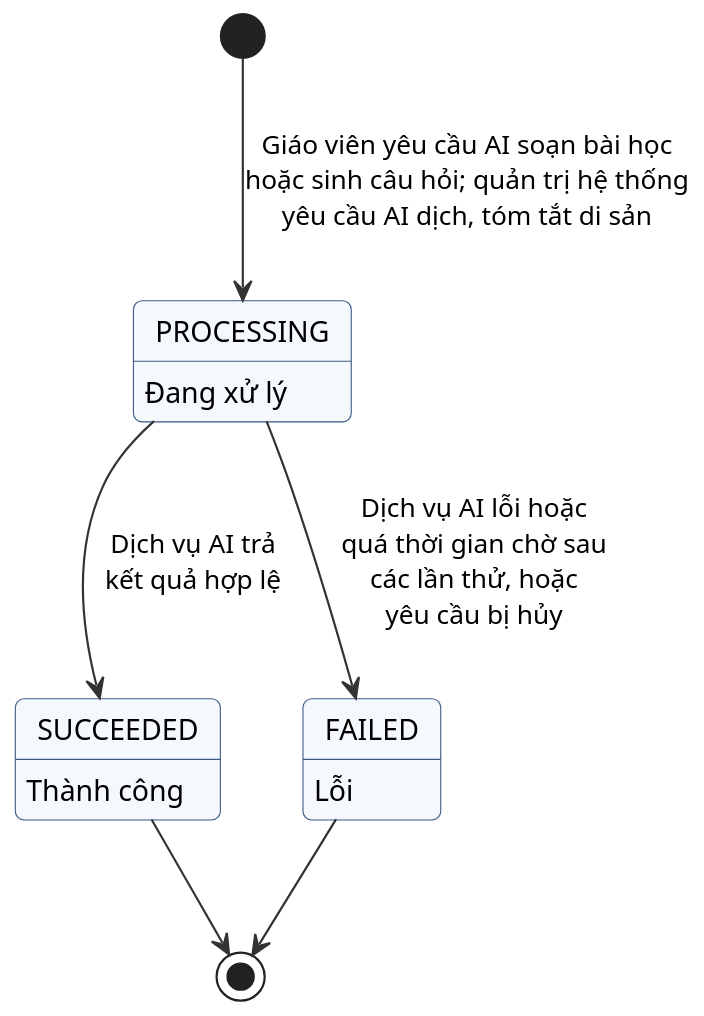
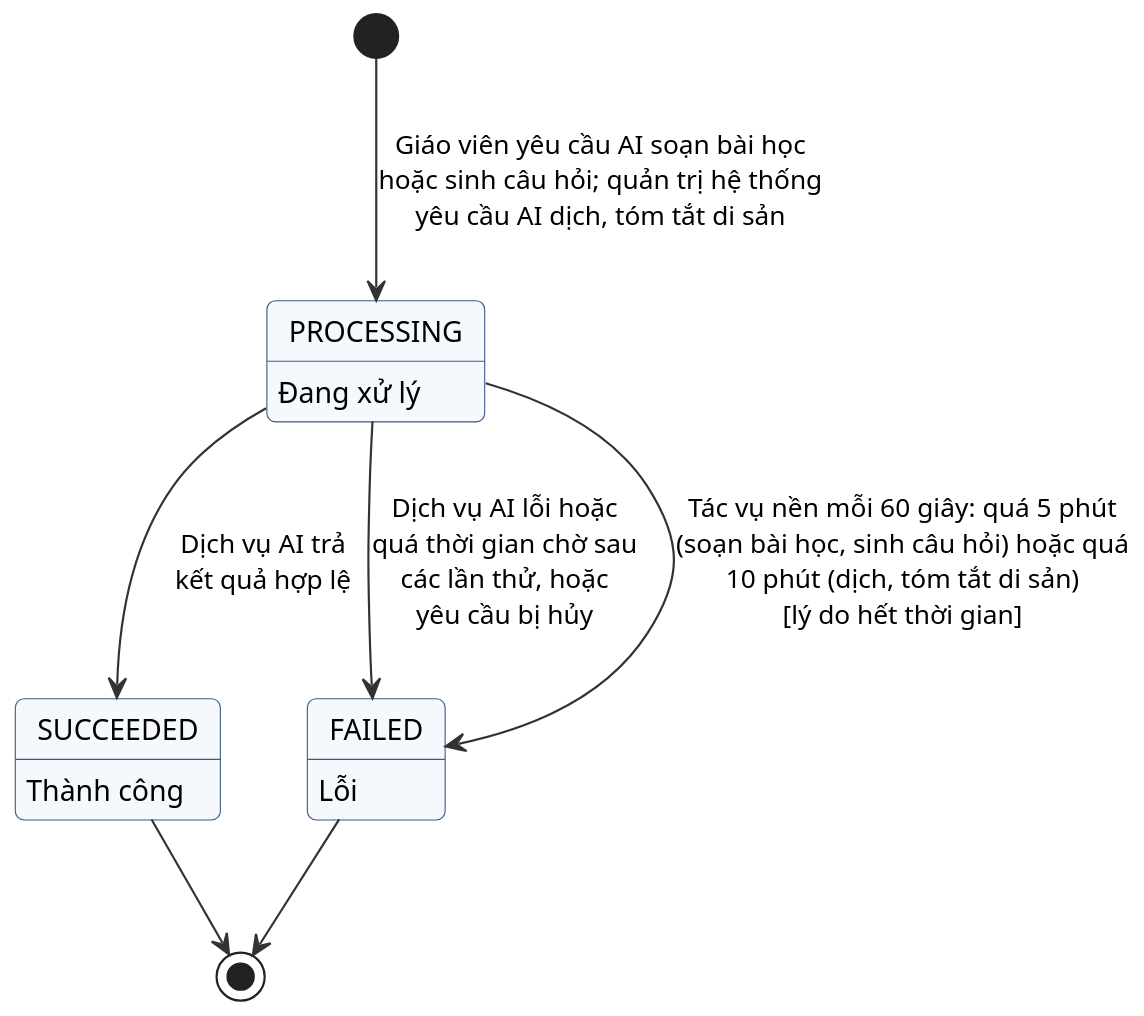
Before and after one commit to Nho2708/BE_Cultural_Heritage-: the diagram in docs/so-do/vi/trang-thai-yeu-cau-ai.puml, drawn with PlantUML. The commit also changed 23 other files, not shown here.

First line of the commit message:
Update design diagrams and database overview to the current behavior (#50)

```diff
--- a/docs/so-do/vi/trang-thai-yeu-cau-ai.puml
+++ b/docs/so-do/vi/trang-thai-yeu-cau-ai.puml
@@ -1,35 +1,36 @@
 @startuml
 skinparam defaultFontName Arial
 skinparam defaultFontSize 13
 skinparam dpi 150
 skinparam shadowing false
 skinparam roundCorner 8
 skinparam ArrowColor #333333
 skinparam ArrowFontSize 12
 skinparam ActivityBackgroundColor #F5F8FC
 skinparam ActivityBorderColor #3B5B85
 skinparam ActivityDiamondBackgroundColor #FFF6E5
 skinparam ActivityDiamondBorderColor #B7791F
 skinparam SwimlaneTitleFontStyle bold
 skinparam StateBackgroundColor #F5F8FC
 skinparam StateBorderColor #3B5B85
 skinparam ComponentBackgroundColor #F5F8FC
 skinparam ComponentBorderColor #3B5B85
 skinparam NodeBackgroundColor #FFFFFF
 skinparam NodeBorderColor #555555
 skinparam DatabaseBackgroundColor #F5F8FC
 skinparam CloudBackgroundColor #FFFFFF
 skinparam ClassBackgroundColor #FFFFFF
 skinparam ClassBorderColor #3B5B85
 skinparam ClassHeaderBackgroundColor #E8EEF6
 skinparam PackageBorderColor #8A9BB3
 hide empty description
 state PROCESSING : Đang xử lý
 state SUCCEEDED : Thành công
 state FAILED : Lỗi
 [*] --> PROCESSING : Giáo viên yêu cầu AI soạn bài học\nhoặc sinh câu hỏi; quản trị hệ thống\nyêu cầu AI dịch, tóm tắt di sản
 PROCESSING --> SUCCEEDED : Dịch vụ AI trả\nkết quả hợp lệ
 PROCESSING --> FAILED : Dịch vụ AI lỗi hoặc\nquá thời gian chờ sau\ncác lần thử, hoặc\nyêu cầu bị hủy
+PROCESSING --> FAILED : Tác vụ nền mỗi 60 giây: quá 5 phút\n(soạn bài học, sinh câu hỏi) hoặc quá\n10 phút (dịch, tóm tắt di sản)\n[lý do hết thời gian]
 SUCCEEDED --> [*]
 FAILED --> [*]
 @enduml
```
